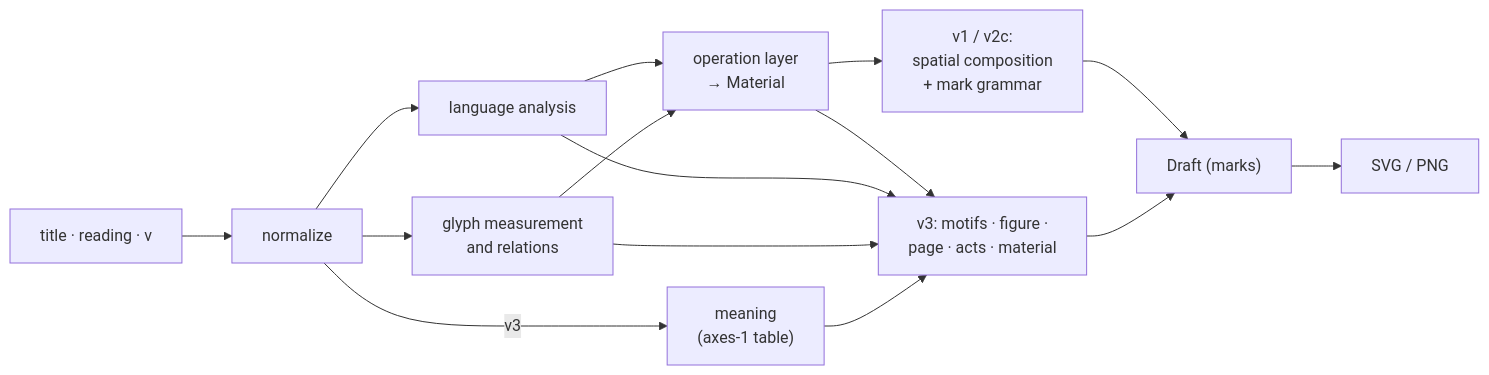
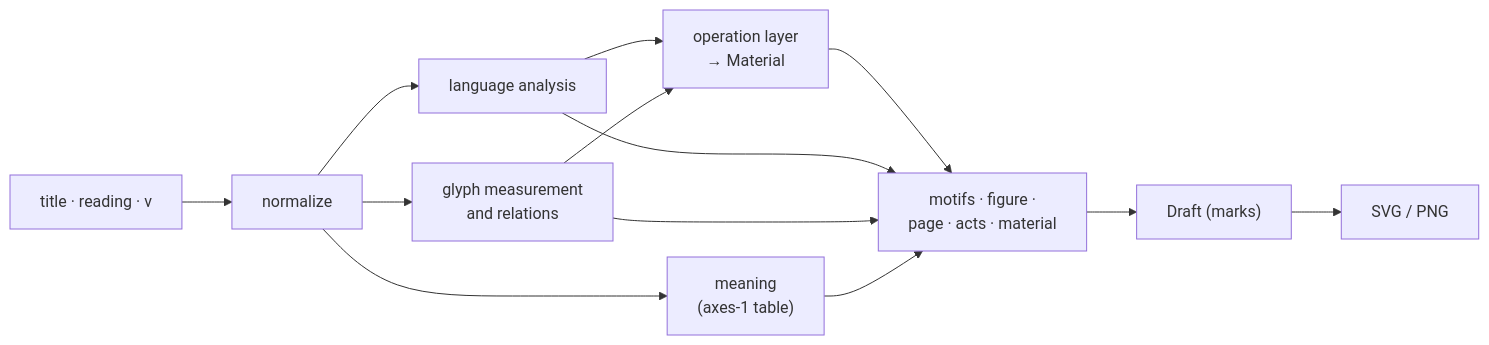
The diagram in README.md (endoftheyukky/kotoba-no-katachi), drawn with Mermaid before and after one commit. The commit also changed other lines of this file and 124 other files, not shown here.

````diff
--- a/README.md
+++ b/README.md
@@ -33,17 +33,15 @@
 ```mermaid
 flowchart LR
   IN["title · reading · v"] --> NT["normalize"]
   NT --> LA["language analysis"]
   NT --> GL["glyph measurement<br/>and relations"]
-  NT -->|v3| SE["meaning<br/>(axes-1 table)"]
+  NT --> SE["meaning<br/>(axes-1 table)"]
   LA --> OP["operation layer<br/>→ Material"]
   GL --> OP
-  OP --> V2["v1 / v2c:<br/>spatial composition<br/>+ mark grammar"]
-  OP --> V3["v3: motifs · figure ·<br/>page · acts · material"]
-  LA --> V3
-  GL --> V3
-  SE --> V3
-  V2 --> D["Draft (marks)"]
-  V3 --> D
+  OP --> PG["motifs · figure ·<br/>page · acts · material"]
+  LA --> PG
+  GL --> PG
+  SE --> PG
+  PG --> D["Draft (marks)"]
   D --> R["SVG / PNG"]
 ```
````
